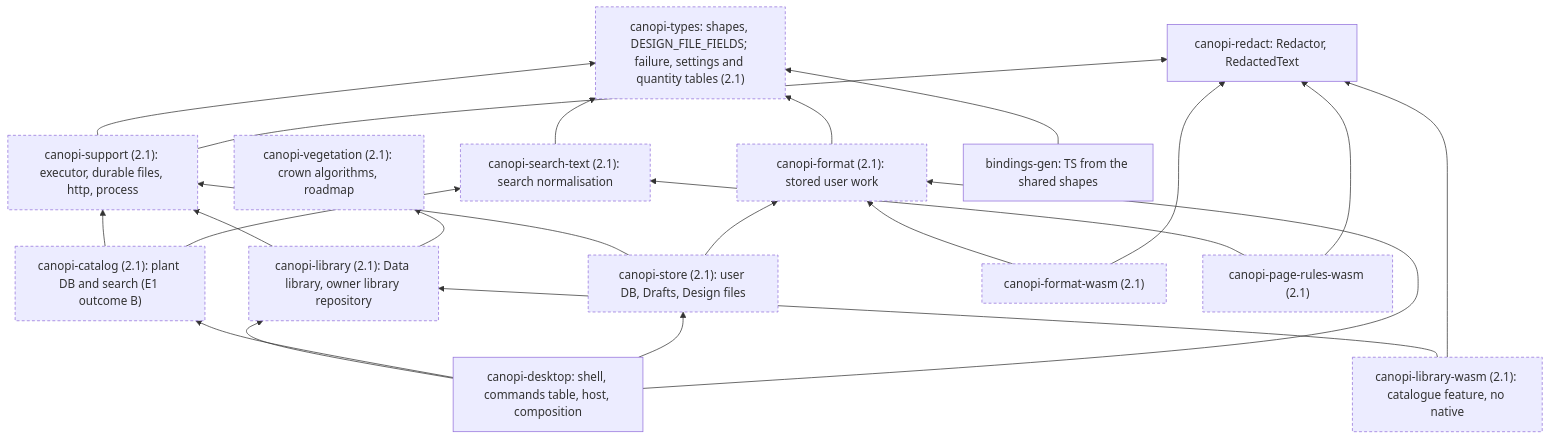
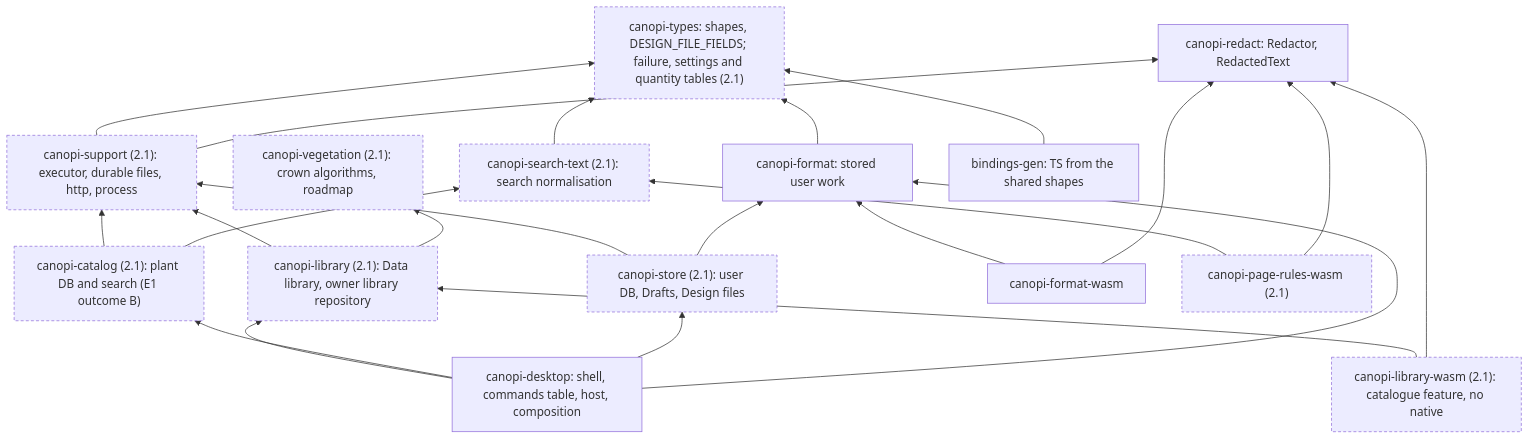
Before and after one commit to opencanopi/canopi: the seventh of 8 diagrams in docs/architecture/components.md, drawn with Mermaid. The commit also changed other lines of this file and 57 other files, not shown here.

First line of the commit message:
feat(format): the format worker probe, canopi-redact linked in canopi-format-wasm and instantiated in every engine (canopi-f47t.52.270)

````diff
--- a/docs/architecture/components.md
+++ b/docs/architecture/components.md
@@ -266,39 +269,39 @@
 ```mermaid
 flowchart BT
   classDef target stroke-dasharray: 4 3
   types["canopi-types: shapes, DESIGN_FILE_FIELDS; failure, settings and quantity tables (2.1)"]:::target
-  fmt["canopi-format (2.1): stored user work"]:::target
+  fmt["canopi-format: stored user work"]
   st["canopi-search-text (2.1): search normalisation"]:::target
   sup["canopi-support (2.1): executor, durable files, http, process"]:::target
   veg["canopi-vegetation (2.1): crown algorithms, roadmap"]:::target
   lib["canopi-library (2.1): Data library, owner library repository"]:::target
   cat["canopi-catalog (2.1): plant DB and search (E1 outcome B)"]:::target
   store["canopi-store (2.1): user DB, Drafts, Design files"]:::target
   desk["canopi-desktop: shell, commands table, host, composition"]
   bg["bindings-gen: TS from the shared shapes"]
-  fw["canopi-format-wasm (2.1)"]:::target
+  fw["canopi-format-wasm"]
   sw["canopi-page-rules-wasm (2.1)"]:::target
   rd["canopi-redact: Redactor, RedactedText"]
   lw["canopi-library-wasm (2.1): catalogue feature, no native"]:::target
   fmt --> types
   st --> types
   sup --> types
   lib --> sup
   lib --> veg
   cat --> sup
   cat --> st
   store --> sup
   store --> fmt
   desk --> lib
   desk --> cat
   desk --> store
   desk --> fmt
   bg --> types
   fw --> fmt
   sw --> st
   lw --> lib
   sup --> rd
   fw --> rd
   sw --> rd
   lw --> rd
 ```
````
